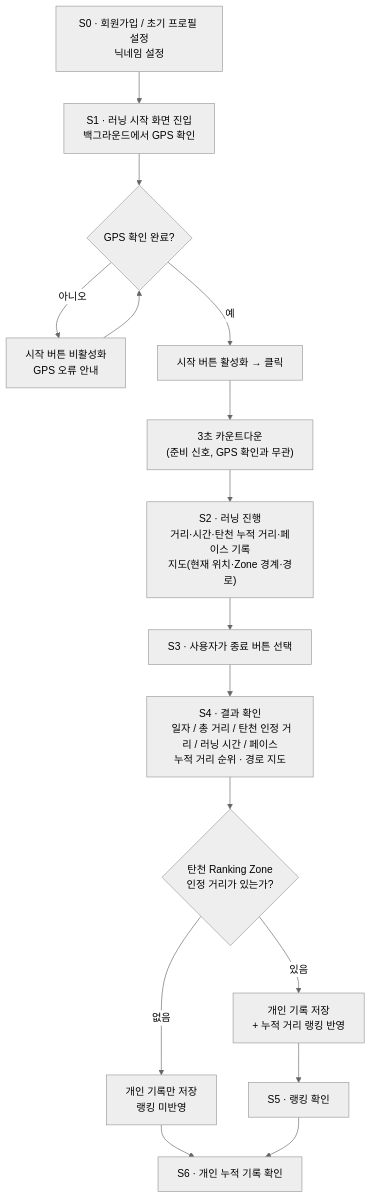
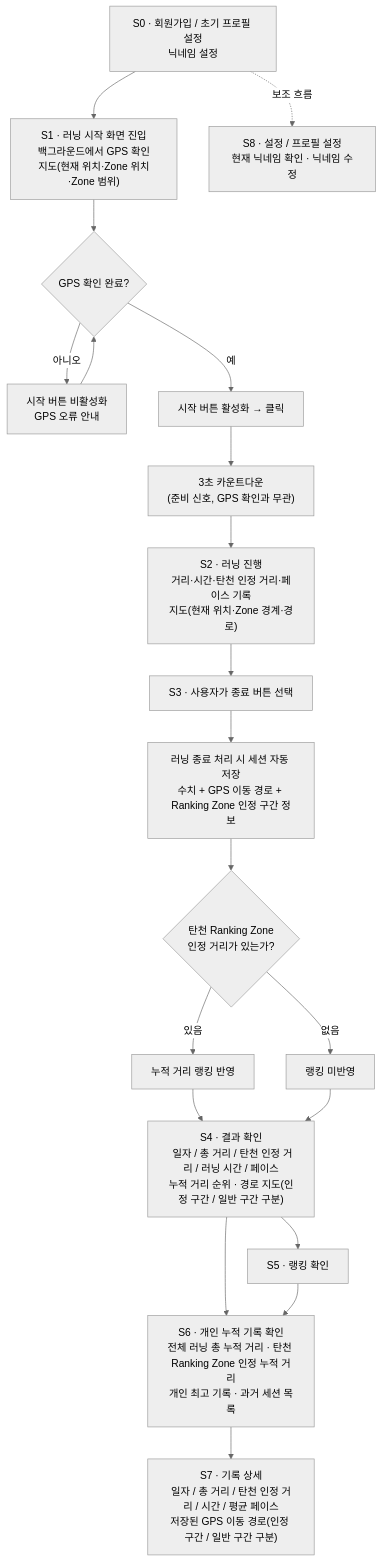
The diagram in docs/02-workflow.md (NextComm1T/project_planning_2), drawn with Mermaid (neutral theme) before and after one commit. The commit also changed other lines of this file and 5 other files, not shown here.

````diff
--- a/docs/02-workflow.md
+++ b/docs/02-workflow.md
@@ -35,28 +37,35 @@
 ```mermaid
 flowchart TD
     S0["S0 · 회원가입 / 초기 프로필 설정<br/>닉네임 설정"]
-    --> S1["S1 · 러닝 시작 화면 진입<br/>백그라운드에서 GPS 확인"]
+    --> S1["S1 · 러닝 시작 화면 진입<br/>백그라운드에서 GPS 확인<br/>지도(현재 위치·Zone 위치·Zone 범위)"]
+
+    S0 -. 보조 흐름 .-> S8["S8 · 설정 / 프로필 설정<br/>현재 닉네임 확인 · 닉네임 수정"]
 
     S1 --> G{"GPS 확인 완료?"}
 
     G -->|아니오| E["시작 버튼 비활성화<br/>GPS 오류 안내"]
     E --> G
 
     G -->|예| B["시작 버튼 활성화 → 클릭"]
     B --> C["3초 카운트다운<br/>(준비 신호, GPS 확인과 무관)"]
-    C --> S2["S2 · 러닝 진행<br/>거리·시간·탄천 누적 거리·페이스 기록<br/>지도(현재 위치·Zone 경계·경로)"]
+    C --> S2["S2 · 러닝 진행<br/>거리·시간·탄천 인정 거리·페이스 기록<br/>지도(현재 위치·Zone 경계·경로)"]
 
     S2 --> S3["S3 · 사용자가 종료 버튼 선택"]
 
-    S3 --> S4["S4 · 결과 확인<br/> 일자 / 총 거리 / 탄천 인정 거리 / 러닝 시간 / 페이스<br/>누적 거리 순위 · 경로 지도"]
+    S3 --> SAVE["러닝 종료 처리 시 세션 자동 저장<br/>수치 + GPS 이동 경로 + Ranking Zone 인정 구간 정보"]
 
-    S4 --> R{"탄천 Ranking Zone<br/>인정 거리가 있는가?"}
+    SAVE --> R{"탄천 Ranking Zone<br/>인정 거리가 있는가?"}
 
-    R -->|있음| R1["개인 기록 저장<br/>+ 누적 거리 랭킹 반영"]
-    R -->|없음| R2["개인 기록만 저장<br/>랭킹 미반영"]
+    R -->|있음| R1["누적 거리 랭킹 반영"]
+    R -->|없음| R2["랭킹 미반영"]
 
-    R1 --> S5["S5 · 랭킹 확인"]
-    R2 --> S6["S6 · 개인 누적 기록 확인"]
+    R1 --> S4["S4 · 결과 확인<br/> 일자 / 총 거리 / 탄천 인정 거리 / 러닝 시간 / 페이스<br/>누적 거리 순위 · 경로 지도(인정 구간 / 일반 구간 구분)"]
+    R2 --> S4
+
+    S4 --> S5["S5 · 랭킹 확인"]
+    S4 --> S6["S6 · 개인 누적 기록 확인<br/>전체 러닝 총 누적 거리 · 탄천 Ranking Zone 인정 누적 거리<br/>개인 최고 기록 · 과거 세션 목록"]
 
     S5 --> S6
+
+    S6 --> S7["S7 · 기록 상세<br/>일자 / 총 거리 / 탄천 인정 거리 / 시간 / 평균 페이스<br/>저장된 GPS 이동 경로(인정 구간 / 일반 구간 구분)"]
 ```
````
